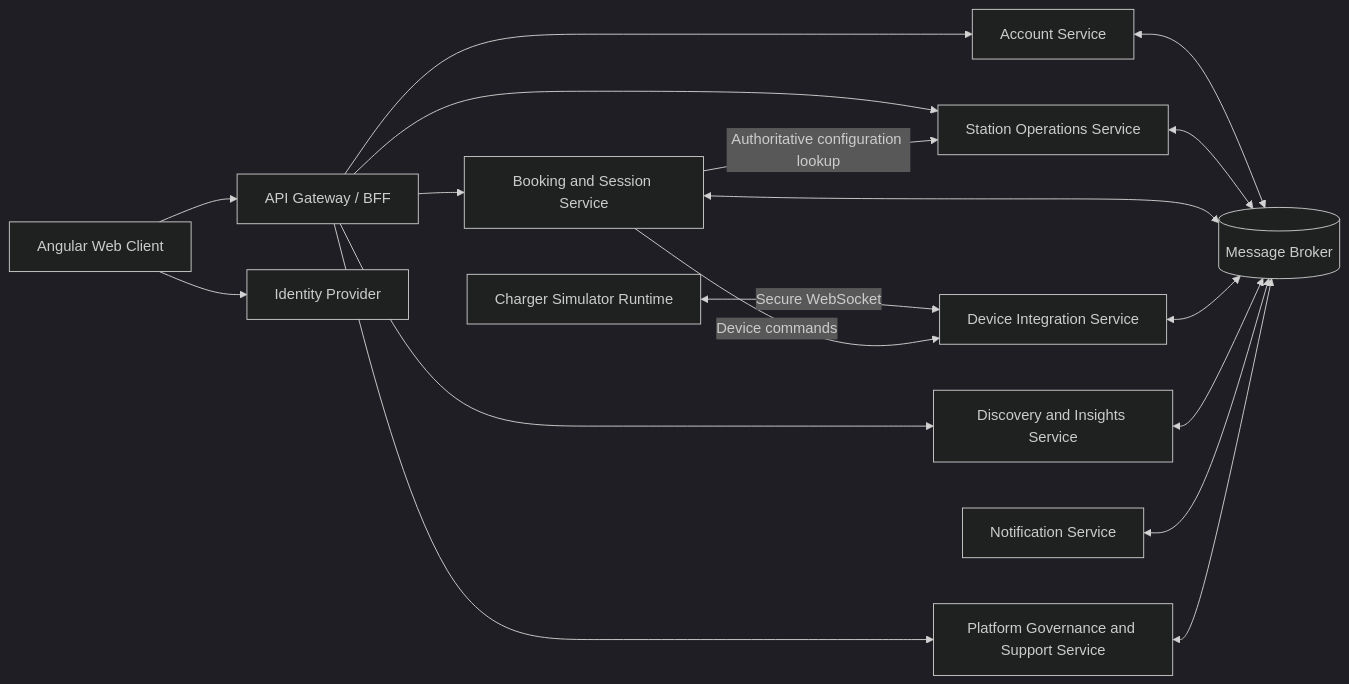
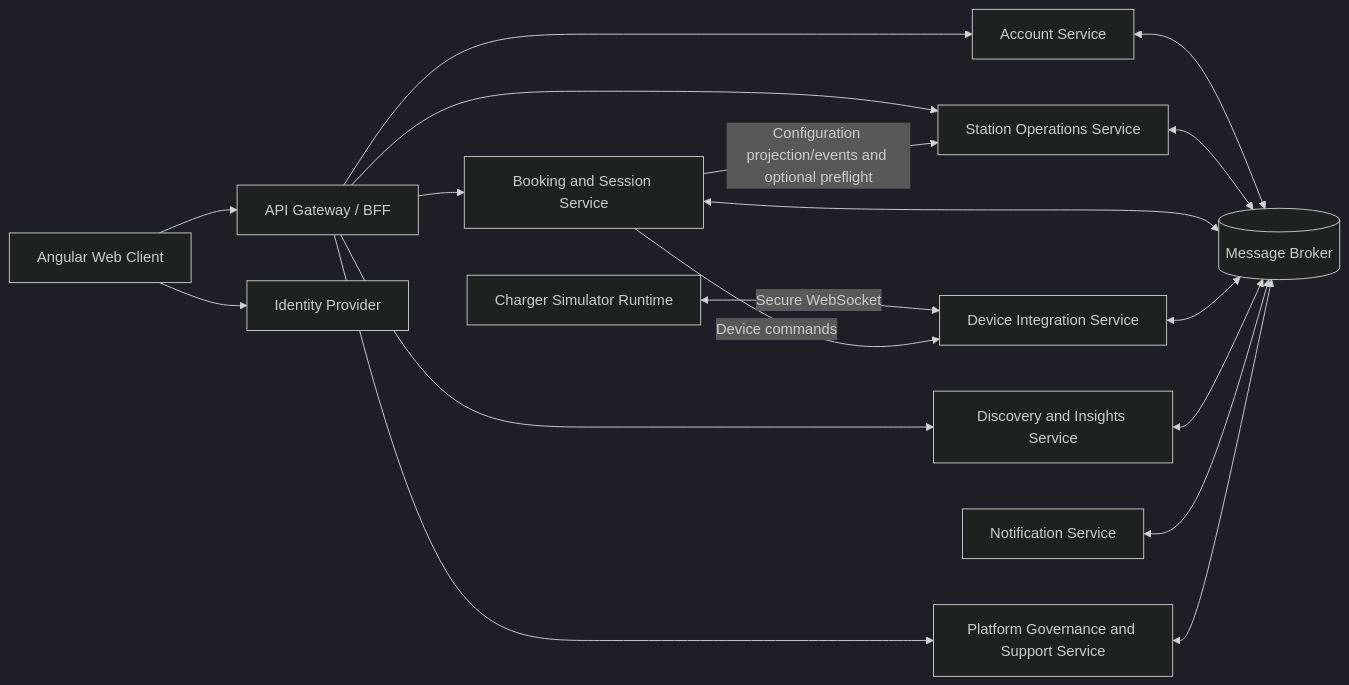
One commit to panospao7/Ev-chargind-station changed the diagram in docs/05_architecture/01_domain_capability_map_boundary_analysis_v1.0.md. Above: the diagram before and after it, drawn with Mermaid (dark theme). The commit also changed other lines of this file and 28 other files, not shown here.

````diff
--- a/docs/05_architecture/01_domain_capability_map_boundary_analysis_v1.0.md
+++ b/docs/05_architecture/01_domain_capability_map_boundary_analysis_v1.0.md
@@ -508,38 +508,38 @@
 ```mermaid
 flowchart LR
     WEB[Angular Web Client]
     GW[API Gateway / BFF]
     IDP[Identity Provider]
 
     ACC[Account Service]
     OPS[Station Operations Service]
     BKG[Booking and Session Service]
     DEV[Device Integration Service]
     DSC[Discovery and Insights Service]
     NOT[Notification Service]
     GOV[Platform Governance and Support Service]
 
     SIM[Charger Simulator Runtime]
     BUS[(Message Broker)]
 
     WEB --> GW
     WEB --> IDP
     GW --> ACC
     GW --> OPS
     GW --> BKG
     GW --> DSC
     GW --> GOV
 
     SIM <-->|Secure WebSocket| DEV
 
     BKG -->|Device commands| DEV
-    BKG -->|Authoritative configuration lookup| OPS
+    BKG -->|Configuration projection/events and optional preflight| OPS
 
     ACC <--> BUS
     OPS <--> BUS
     BKG <--> BUS
     DEV <--> BUS
     DSC <--> BUS
     NOT <--> BUS
     GOV <--> BUS
 ```
````
